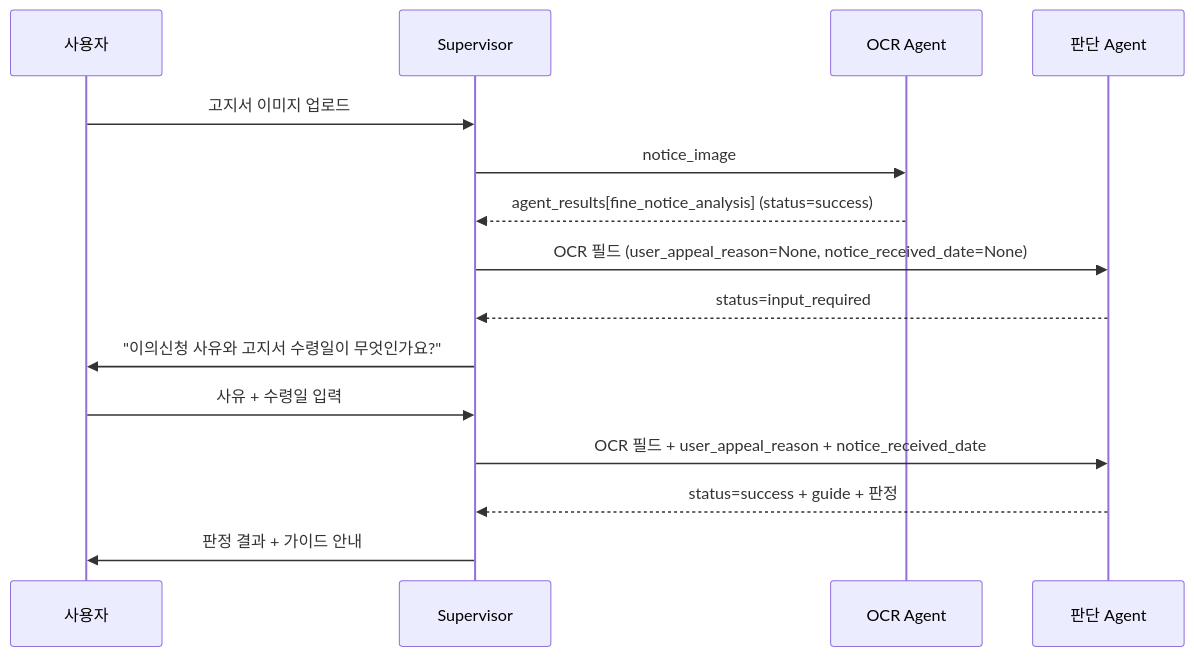
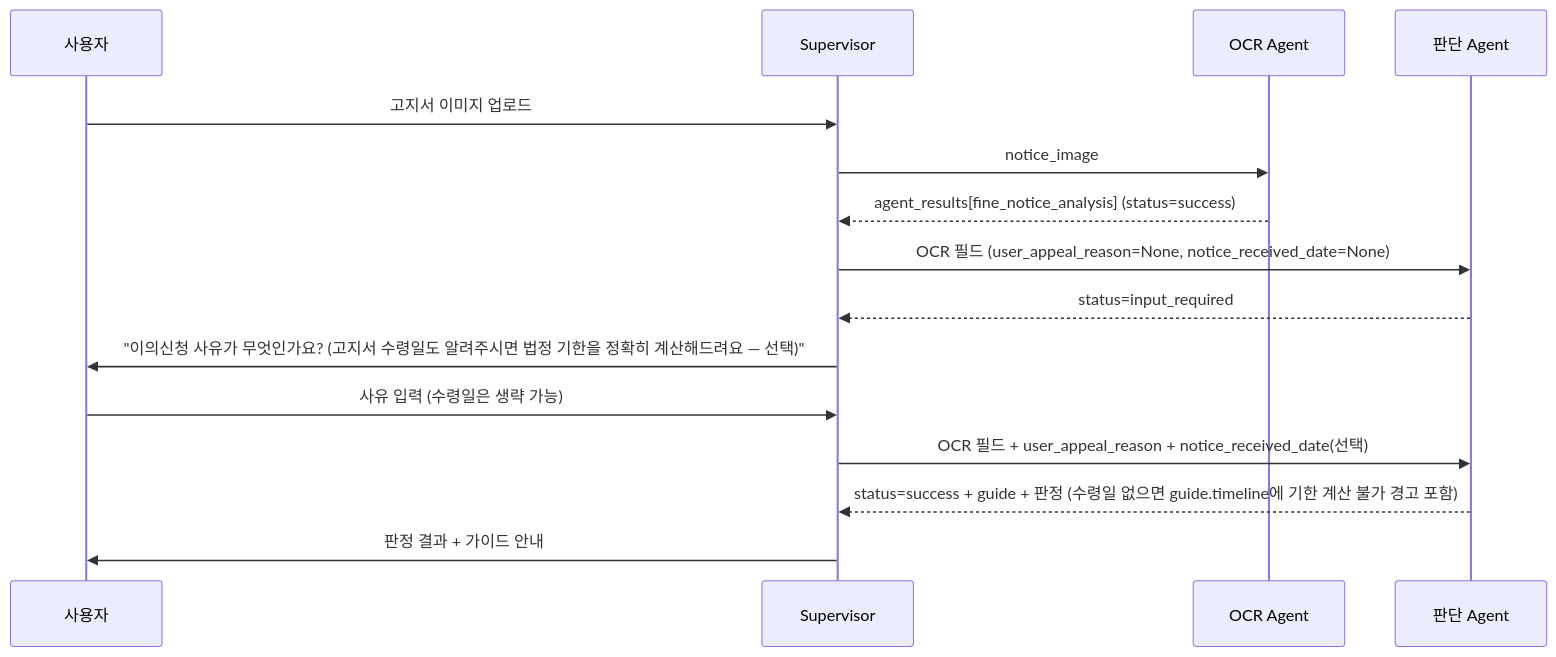
Before and after one commit to SKNETWORKS-FAMILY-AICAMP/SKN27-FINAL-3Team: the diagram in 설계문서/03_API인터페이스_설계서.md, drawn with Mermaid. The commit also changed other lines of this file and 10 other files, not shown here.

````diff
--- a/설계문서/03_API인터페이스_설계서.md
+++ b/설계문서/03_API인터페이스_설계서.md
@@ -159,18 +163,18 @@
 ```mermaid
 sequenceDiagram
     participant U as 사용자
     participant SV as Supervisor
     participant OCR as OCR Agent
     participant AJ as 판단 Agent
 
     U->>SV: 고지서 이미지 업로드
     SV->>OCR: notice_image
     OCR-->>SV: agent_results[fine_notice_analysis] (status=success)
     SV->>AJ: OCR 필드 (user_appeal_reason=None, notice_received_date=None)
     AJ-->>SV: status=input_required
-    SV->>U: "이의신청 사유와 고지서 수령일이 무엇인가요?"
-    U->>SV: 사유 + 수령일 입력
-    SV->>AJ: OCR 필드 + user_appeal_reason + notice_received_date
-    AJ-->>SV: status=success + guide + 판정
+    SV->>U: "이의신청 사유가 무엇인가요? (고지서 수령일도 알려주시면 법정 기한을 정확히 계산해드려요 — 선택)"
+    U->>SV: 사유 입력 (수령일은 생략 가능)
+    SV->>AJ: OCR 필드 + user_appeal_reason + notice_received_date(선택)
+    AJ-->>SV: status=success + guide + 판정 (수령일 없으면 guide.timeline에 기한 계산 불가 경고 포함)
     SV->>U: 판정 결과 + 가이드 안내
 ```
````
